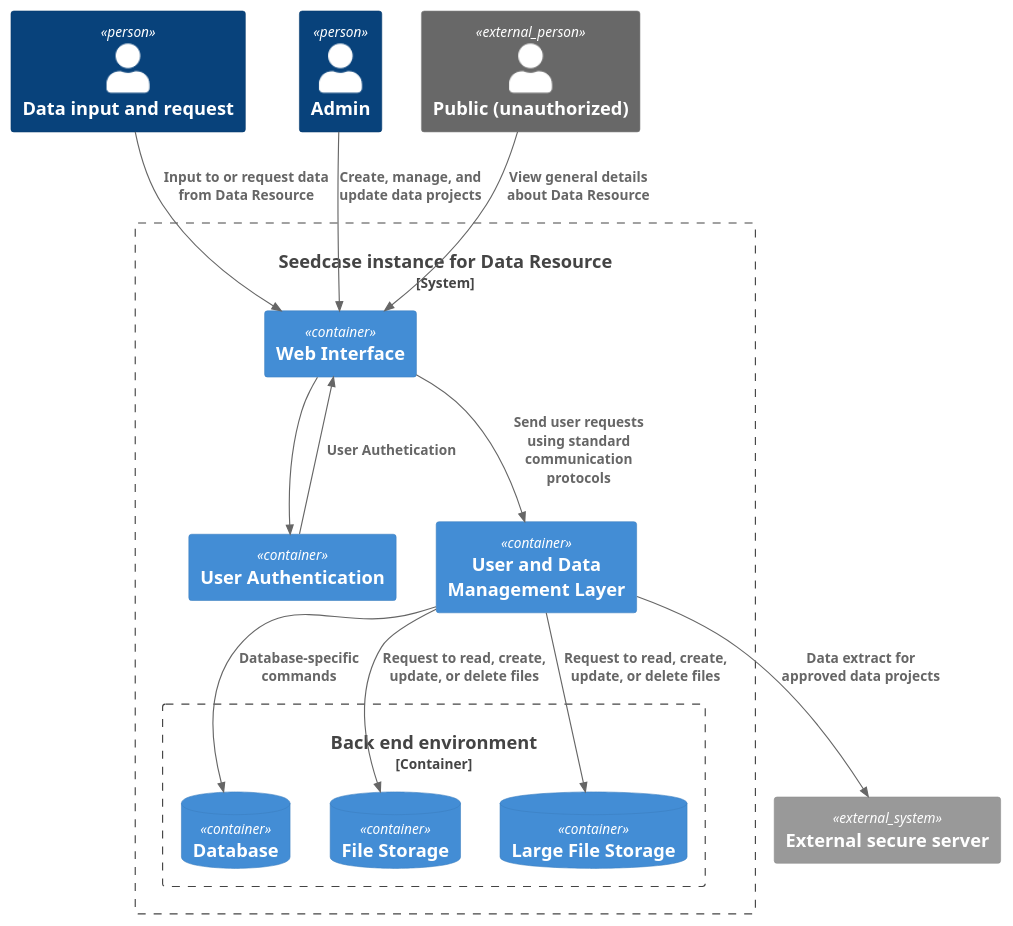
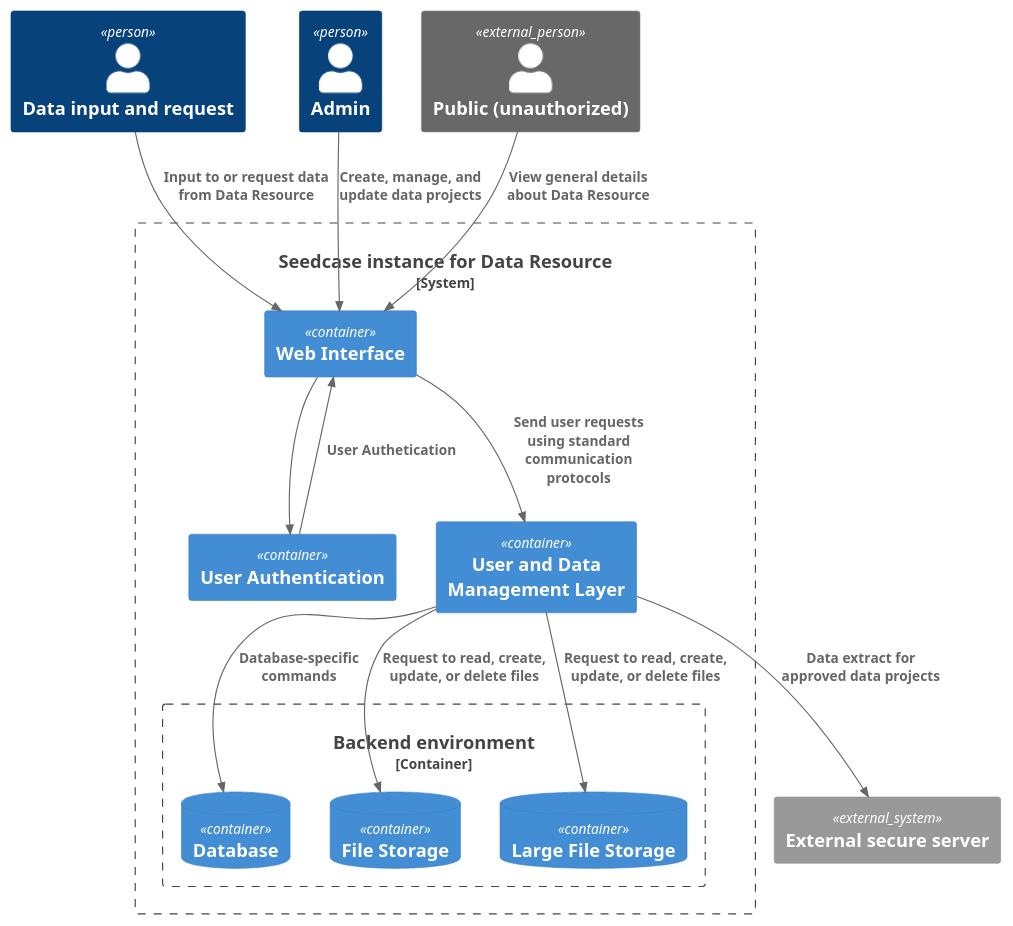
Before and after one commit to seedcase-project/seedcase-website: the diagram in design/images/container.puml, drawn with PlantUML. The commit also changed 9 other files, not shown here.

```diff
--- a/design/images/container.puml
+++ b/design/images/container.puml
@@ -1,32 +1,32 @@
 @startuml
 !include https://raw.githubusercontent.com/plantuml-stdlib/C4-PlantUML/master/C4_Container.puml
 
 Person(user_request_input, "Data input and request")
 Person(user_admin, "Admin")
 Person_Ext(user_public, "Public (unauthorized)")
 
 System_Boundary(seedcase, "Seedcase instance for Data Resource") {
   Container(web_framework, "Web Interface")
   Container(id_authentication, "User Authentication")
   Container(management, "User and Data Management Layer")
 
-  Container_Boundary(backend, "Back end environment") {
+  Container_Boundary(backend, "Backend environment") {
     ContainerDb(backend_database, "Database")
     ContainerDb(backend_file_storage, "File Storage")
     ContainerDb(backend_large_file_storage, "Large File Storage")
   }
 }
 System_Ext(external_server, "External secure server")
 
 Rel(user_public, web_framework, "View general details about Data Resource")
 Rel(user_request_input, web_framework, "Input to or request data from Data Resource")
 Rel(user_admin, web_framework, "Create, manage, and update data projects")
 Rel(id_authentication, web_framework, "User Authetication")
 Rel(web_framework, id_authentication, "")
 Rel(web_framework, management, "Send user requests using standard communication protocols")
 Rel(management, backend_database, "Database-specific commands")
 Rel(management, backend_file_storage, "Request to read, create, update, or delete files")
 Rel(management, backend_large_file_storage, "Request to read, create, update, or delete files")
 Rel(management, external_server, "Data extract for approved data projects")
 
 @enduml
```
